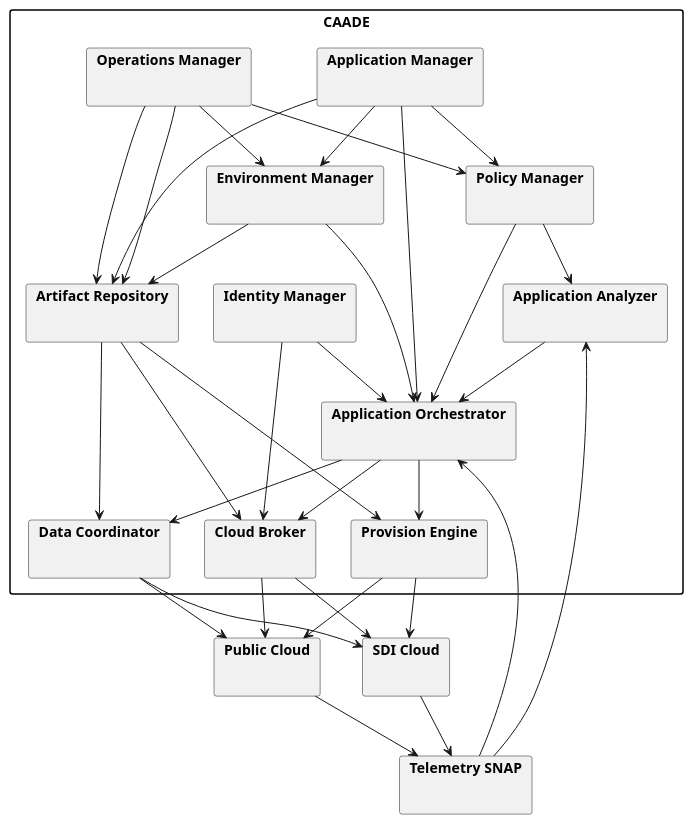
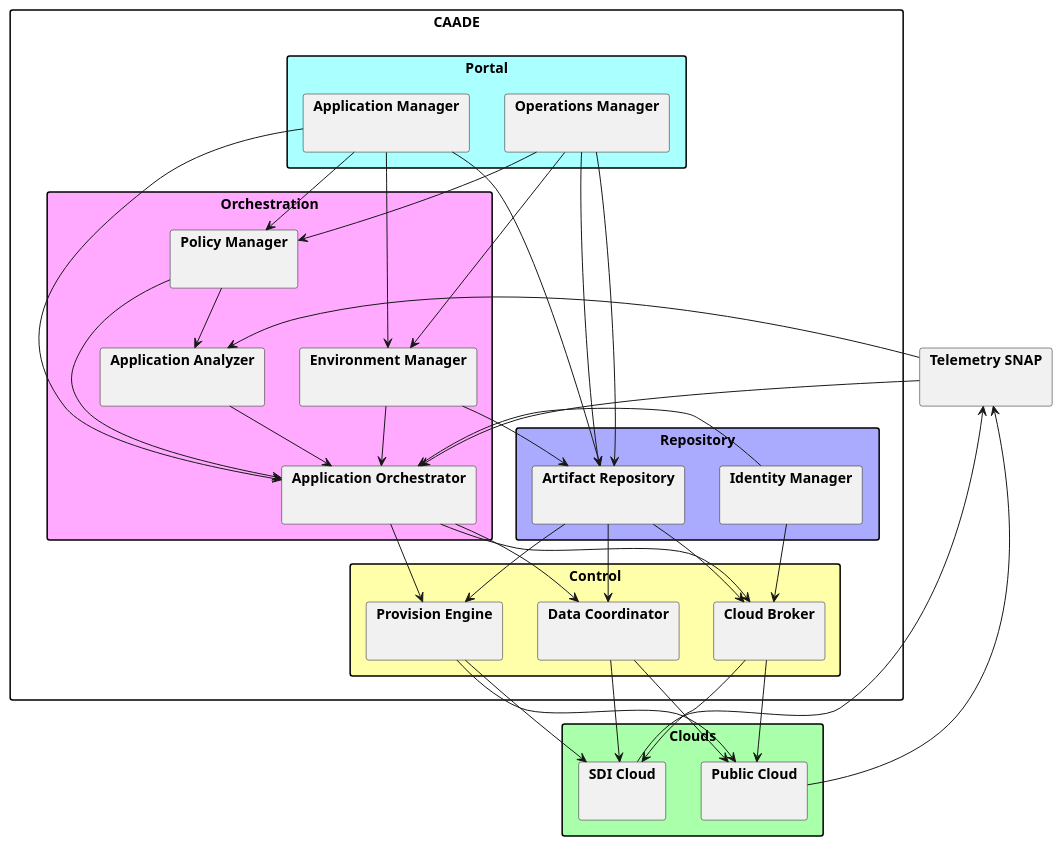
Before and after one commit to CAADE/C3: the diagram in design/TopLevelArchitecture.puml, drawn with PlantUML. The commit also changed 67 other files, not shown here.

Commit message:
Clean up diagrams in the design.

```diff
--- a/design/TopLevelArchitecture.puml
+++ b/design/TopLevelArchitecture.puml
@@ -1,62 +1,70 @@
 @startuml
 
 skinparam packageStyle rect
 
 package CAADE {
+package "Portal" #aaffff {
   package "Application Manager" {}
   package "Operations Manager" {}
-  package "Application Orchestrator" {}
-  package "Application Analyzer" {}
-  package "Cloud Broker" {}
+  }
+  package "Orchestration" #ffaaff {
+      package "Application Orchestrator" {}
+      package "Application Analyzer" {}
   package "Policy Manager" {}
-  package "Artifact Repository" {}
+  package "Environment Manager" {}
+  }
+  package "Control" #ffffaa {
   package "Cloud Broker" {}
   package "Data Coordinator" {}
-  package "Environment Manager" {}
+  package "Provision Engine" {}
+  }
+  package "Repository" #aaaaff {
+  package "Artifact Repository" {}
   package "Identity Manager" {}
-  package "Policy Manager" {}
-  package "Provision Engine" {}
+  }
 }
 
+package "Clouds" #aaffaa {
 package "SDI Cloud" {
 }
 package "Public Cloud" {
+}
 }
 
 package "Telemetry SNAP" {}
 
 "Cloud Broker" --> "SDI Cloud"
 "Cloud Broker" --> "Public Cloud"
 "Provision Engine" --> "SDI Cloud"
 "Provision Engine" --> "Public Cloud"
 "Data Coordinator" --> "SDI Cloud"
 "Data Coordinator" --> "Public Cloud"
 
 "SDI Cloud" --> "Telemetry SNAP"
 "Public Cloud" --> "Telemetry SNAP"
 "Telemetry SNAP" --> "Application Analyzer"
 "Telemetry SNAP" --> "Application Orchestrator"
 "Application Manager" --> "Policy Manager"
 "Application Manager" --> "Application Orchestrator"
 "Application Manager" --> "Artifact Repository"
 "Application Manager" --> "Environment Manager"
 "Operations Manager" --> "Policy Manager"
 "Operations Manager" --> "Environment Manager"
 "Operations Manager" --> "Artifact Repository"
 "Operations Manager" --> "Artifact Repository"
 "Policy Manager" --> "Application Orchestrator"
 "Environment Manager" --> "Application Orchestrator"
 "Environment Manager" --> "Artifact Repository"
 "Application Analyzer" --> "Application Orchestrator"
 "Policy Manager" --> "Application Analyzer"
 "Application Orchestrator" --> "Cloud Broker"
 "Application Orchestrator" --> "Provision Engine"
 "Application Orchestrator" --> "Data Coordinator"
 "Identity Manager" --> "Application Orchestrator"
 "Identity Manager" --> "Cloud Broker"
 "Artifact Repository" --> "Cloud Broker"
 "Artifact Repository" --> "Provision Engine"
 "Artifact Repository" --> "Data Coordinator"
 
 
 @enduml
```
